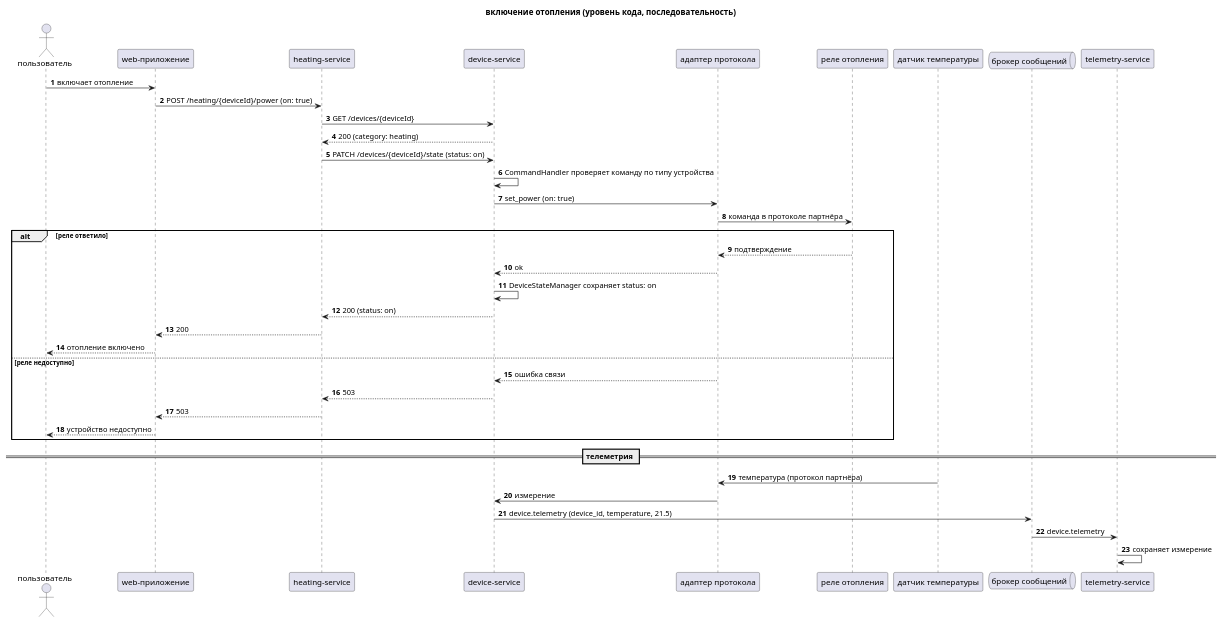
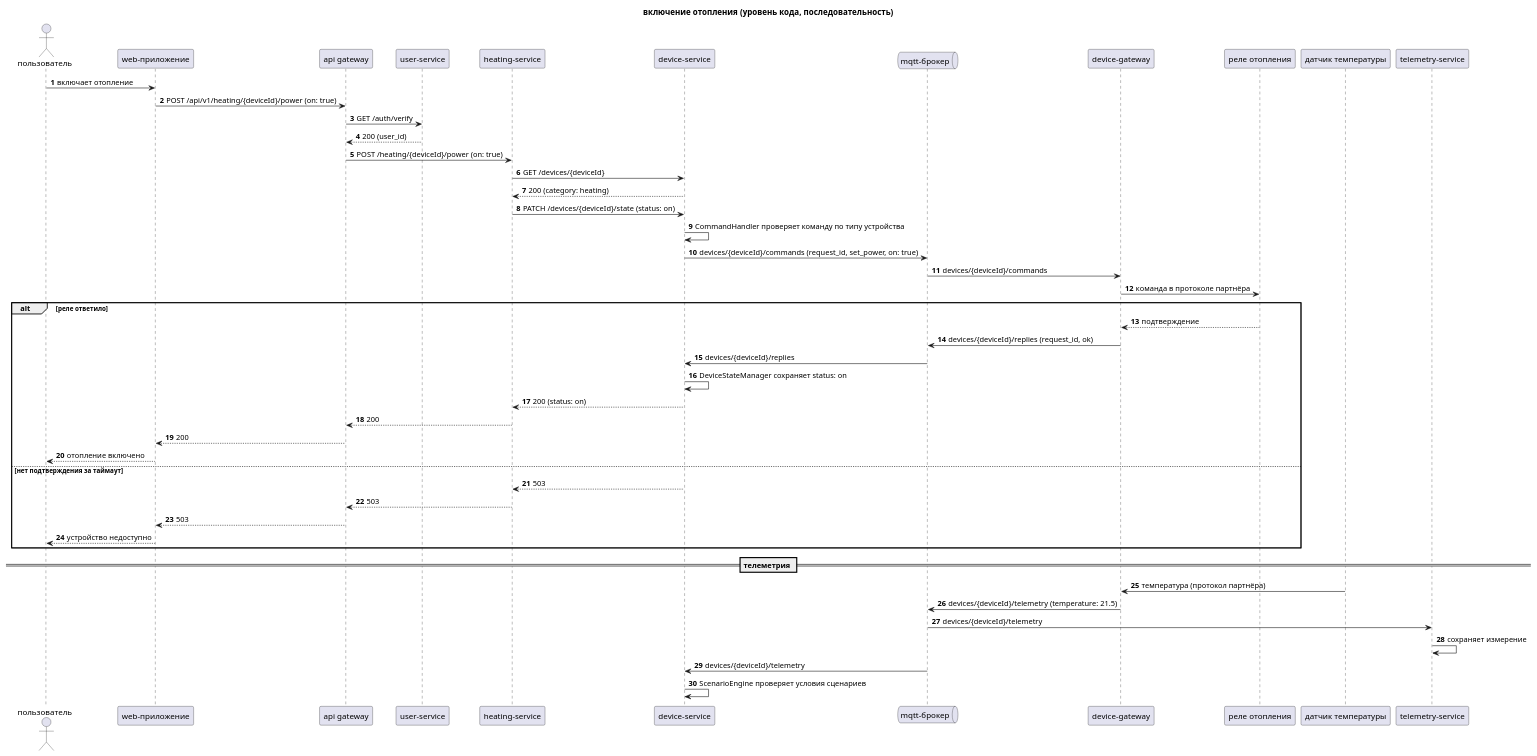
The diagram in diagrams/code/heating-command-sequence.puml (Murl1k/arch-sprint-1), drawn with PlantUML before and after one commit. The commit also changed 22 other files, not shown here.

```diff
--- a/diagrams/code/heating-command-sequence.puml
+++ b/diagrams/code/heating-command-sequence.puml
@@ -1,44 +1,53 @@
 @startuml heating-command-sequence
 title включение отопления (уровень кода, последовательность)
 
 autonumber
 actor "пользователь" as user
 participant "web-приложение" as web
+participant "api gateway" as gw
+participant "user-service" as usersvc
 participant "heating-service" as heating
 participant "device-service" as devsvc
-participant "адаптер протокола" as adapter
+queue "mqtt-брокер" as mqtt
+participant "device-gateway" as dgw
 participant "реле отопления" as relay
 participant "датчик температуры" as sensor
-queue "брокер сообщений" as broker
 participant "telemetry-service" as tel
 
 user -> web : включает отопление
-web -> heating : POST /heating/{deviceId}/power (on: true)
+web -> gw : POST /api/v1/heating/{deviceId}/power (on: true)
+gw -> usersvc : GET /auth/verify
+usersvc --> gw : 200 (user_id)
+gw -> heating : POST /heating/{deviceId}/power (on: true)
 heating -> devsvc : GET /devices/{deviceId}
 devsvc --> heating : 200 (category: heating)
 heating -> devsvc : PATCH /devices/{deviceId}/state (status: on)
 devsvc -> devsvc : CommandHandler проверяет команду по типу устройства
-devsvc -> adapter : set_power (on: true)
-adapter -> relay : команда в протоколе партнёра
+devsvc -> mqtt : devices/{deviceId}/commands (request_id, set_power, on: true)
+mqtt -> dgw : devices/{deviceId}/commands
+dgw -> relay : команда в протоколе партнёра
 alt реле ответило
-    relay --> adapter : подтверждение
-    adapter --> devsvc : ok
+    relay --> dgw : подтверждение
+    dgw -> mqtt : devices/{deviceId}/replies (request_id, ok)
+    mqtt -> devsvc : devices/{deviceId}/replies
     devsvc -> devsvc : DeviceStateManager сохраняет status: on
     devsvc --> heating : 200 (status: on)
-    heating --> web : 200
+    heating --> gw : 200
+    gw --> web : 200
     web --> user : отопление включено
-else реле недоступно
-    adapter --> devsvc : ошибка связи
+else нет подтверждения за таймаут
     devsvc --> heating : 503
-    heating --> web : 503
+    heating --> gw : 503
+    gw --> web : 503
     web --> user : устройство недоступно
 end
 
 == телеметрия ==
 
-sensor -> adapter : температура (протокол партнёра)
-adapter -> devsvc : измерение
-devsvc -> broker : device.telemetry (device_id, temperature, 21.5)
-broker -> tel : device.telemetry
+sensor -> dgw : температура (протокол партнёра)
+dgw -> mqtt : devices/{deviceId}/telemetry (temperature: 21.5)
+mqtt -> tel : devices/{deviceId}/telemetry
 tel -> tel : сохраняет измерение
+mqtt -> devsvc : devices/{deviceId}/telemetry
+devsvc -> devsvc : ScenarioEngine проверяет условия сценариев
 @enduml
```
